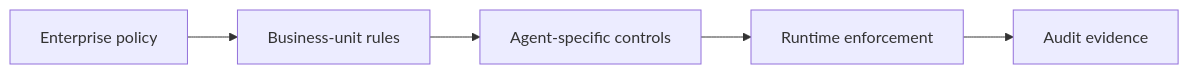
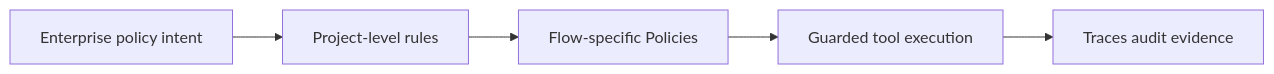
The sixth of 13 diagrams in book/chapters/chapter-06-enterprise-adoption-of-agentic-ai.md (naren-allam/agents-beginners), drawn with Mermaid before and after one commit. The commit also changed other lines of this file and 28 other files, not shown here.

````diff
--- a/book/chapters/chapter-06-enterprise-adoption-of-agentic-ai.md
+++ b/book/chapters/chapter-06-enterprise-adoption-of-agentic-ai.md
@@ -166,13 +189,13 @@
 ```mermaid
 flowchart LR
-    EnterprisePolicy["Enterprise policy"]
-    BusinessUnit["Business-unit rules"]
-    AgentPolicy["Agent-specific controls"]
-    Runtime["Runtime enforcement"]
-    Evidence["Audit evidence"]
+    EnterprisePolicy["Enterprise policy intent"]
+    BusinessUnit["Project-level rules"]
+    AgentPolicy["Flow-specific Policies"]
+    Runtime["Guarded tool execution"]
+    Evidence["Traces audit evidence"]
 
     EnterprisePolicy --> BusinessUnit
     BusinessUnit --> AgentPolicy
     AgentPolicy --> Runtime
     Runtime --> Evidence
 ```
````
